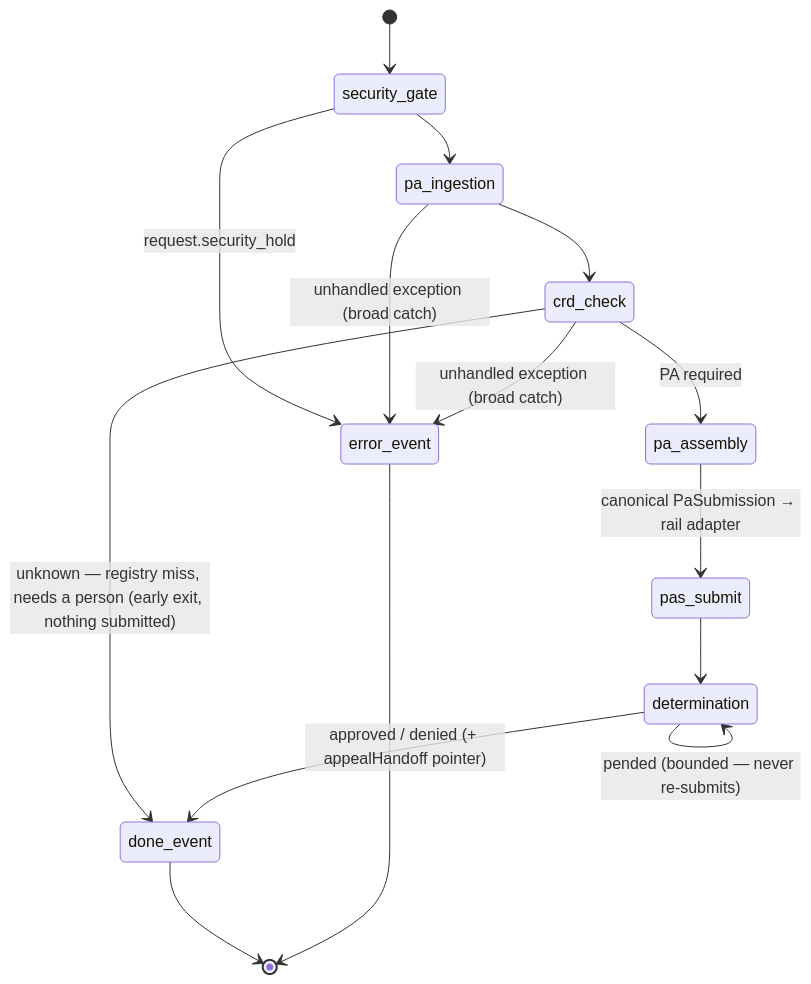
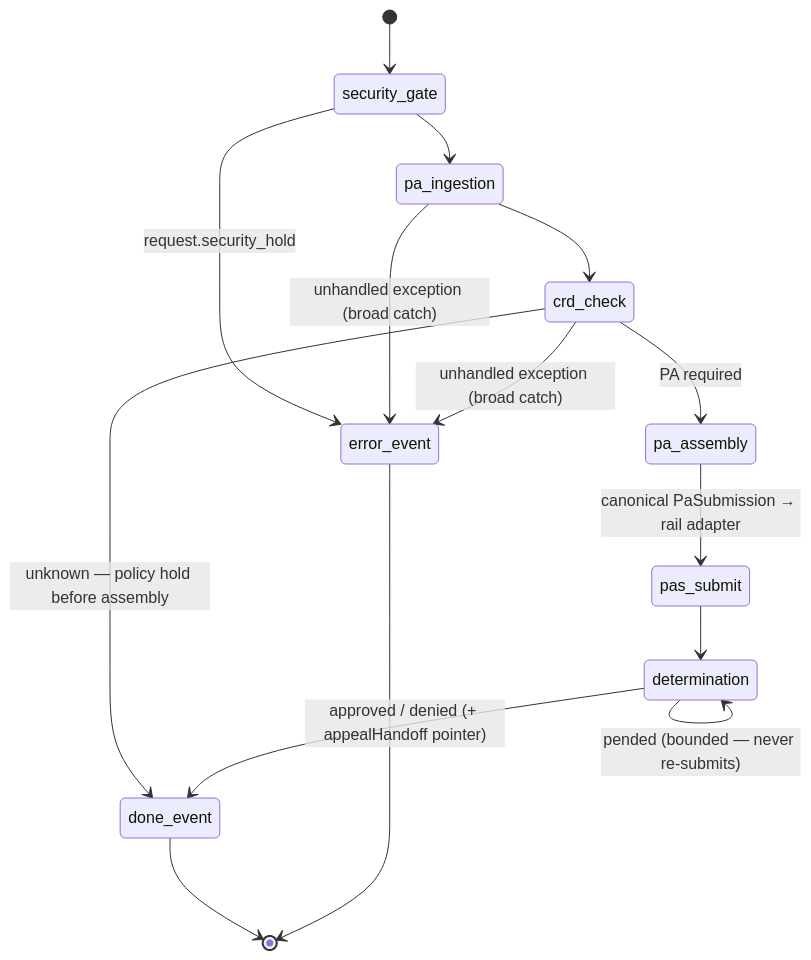
Before and after one commit to mcruz90/paxos-demo: the fourth of 5 diagrams in docs/architecture/05-state-lifecycle.md, drawn with Mermaid. The commit also changed other lines of this file and 11 other files, not shown here.

````diff
--- a/docs/architecture/05-state-lifecycle.md
+++ b/docs/architecture/05-state-lifecycle.md
@@ -154,17 +153,17 @@
 ```mermaid
 stateDiagram-v2
     [*] --> security_gate
     security_gate --> error_event : request.security_hold
     security_gate --> pa_ingestion
     pa_ingestion --> crd_check
-    crd_check --> done_event : unknown — registry miss, needs a person (early exit, nothing submitted)
+    crd_check --> done_event : unknown — policy hold before assembly
     crd_check --> pa_assembly : PA required
     pa_assembly --> pas_submit : canonical PaSubmission → rail adapter
     pas_submit --> determination
     determination --> determination : pended (bounded — never re-submits)
     determination --> done_event : approved / denied (+ appealHandoff pointer)
     pa_ingestion --> error_event : unhandled exception (broad catch)
     crd_check --> error_event : unhandled exception (broad catch)
     done_event --> [*]
     error_event --> [*]
 ```
````
